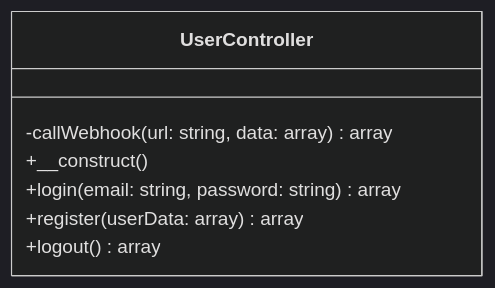
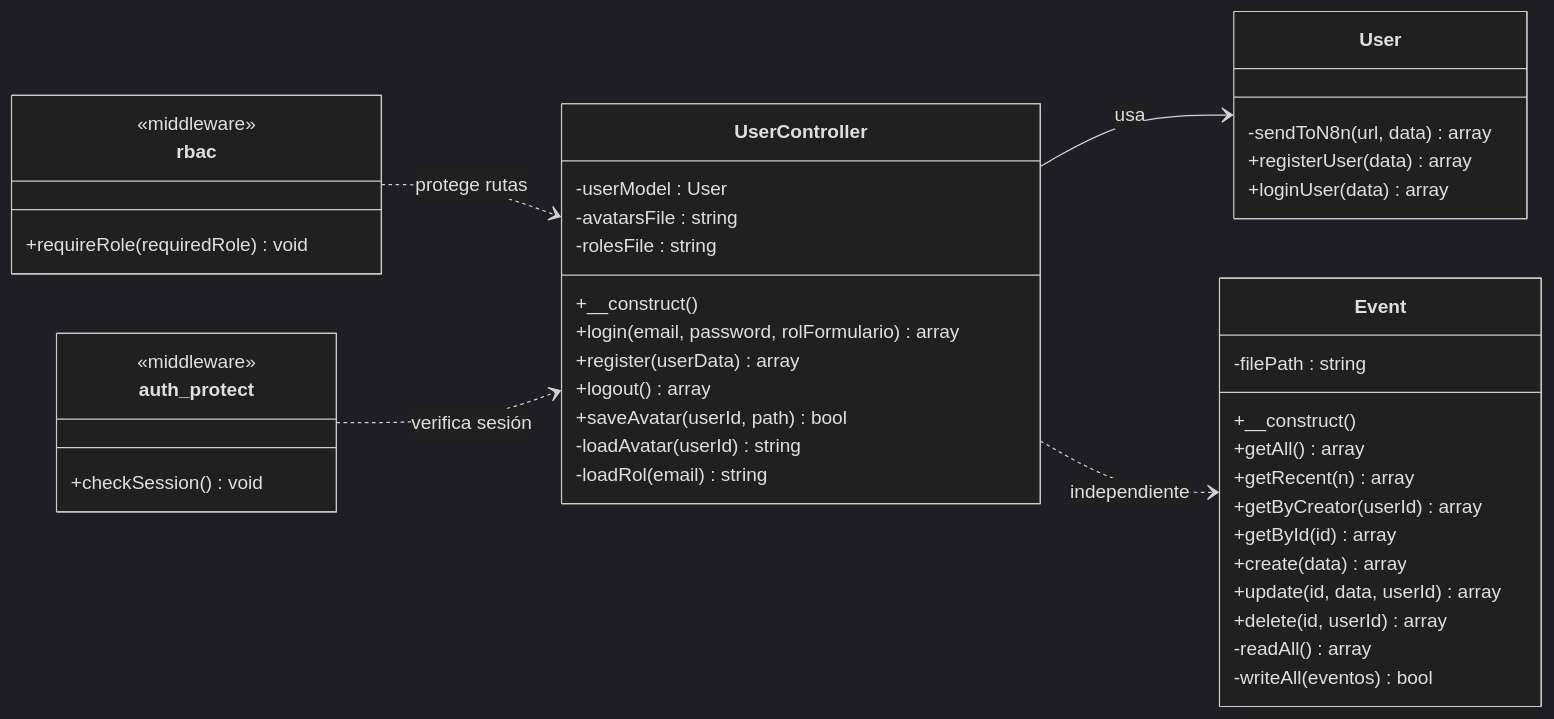
The second of 3 diagrams in README.md (ElyasIT/edubookweb), drawn with Mermaid (dark theme) before and after one commit. The commit also changed other lines of this file and 38 other files, not shown here.

````diff
--- a/README.md
+++ b/README.md
@@ -76,10 +98,52 @@
 ```mermaid
 classDiagram
+    direction LR
+
     class UserController {
-        -callWebhook(url: string, data: array) array
+        -userModel : User
+        -avatarsFile : string
+        -rolesFile : string
         +__construct()
-        +login(email: string, password: string) array
-        +register(userData: array) array
+        +login(email, password, rolFormulario) array
+        +register(userData) array
         +logout() array
+        +saveAvatar(userId, path) bool
+        -loadAvatar(userId) string
+        -loadRol(email) string
     }
+
+    class User {
+        -sendToN8n(url, data) array
+        +registerUser(data) array
+        +loginUser(data) array
+    }
+
+    class Event {
+        -filePath : string
+        +__construct()
+        +getAll() array
+        +getRecent(n) array
+        +getByCreator(userId) array
+        +getById(id) array
+        +create(data) array
+        +update(id, data, userId) array
+        +delete(id, userId) array
+        -readAll() array
+        -writeAll(eventos) bool
+    }
+
+    class rbac {
+        <<middleware>>
+        +requireRole(requiredRole) void
+    }
+
+    class auth_protect {
+        <<middleware>>
+        +checkSession() void
+    }
+
+    UserController --> User : usa
+    UserController ..> Event : independiente
+    rbac ..> UserController : protege rutas
+    auth_protect ..> UserController : verifica sesión
 ```
````
